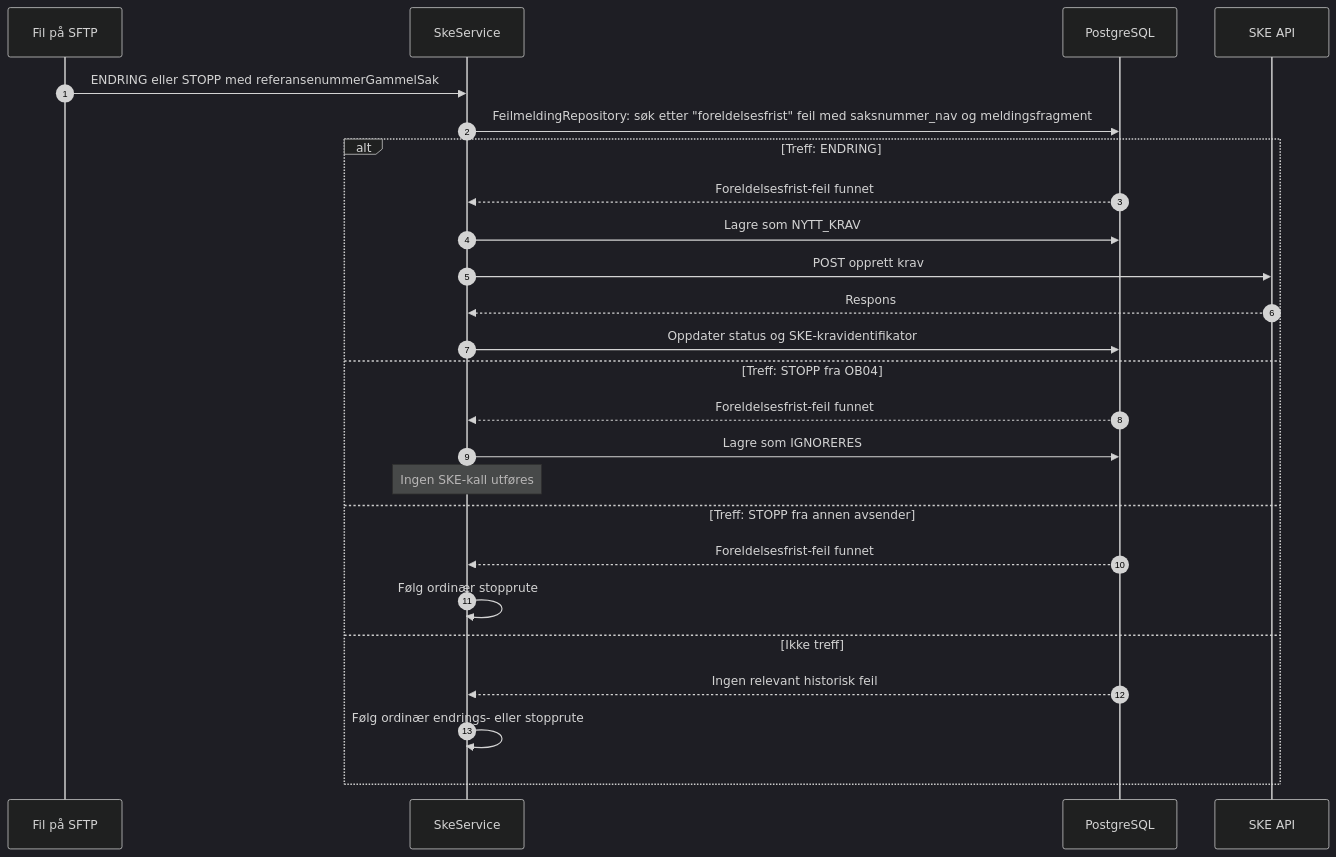
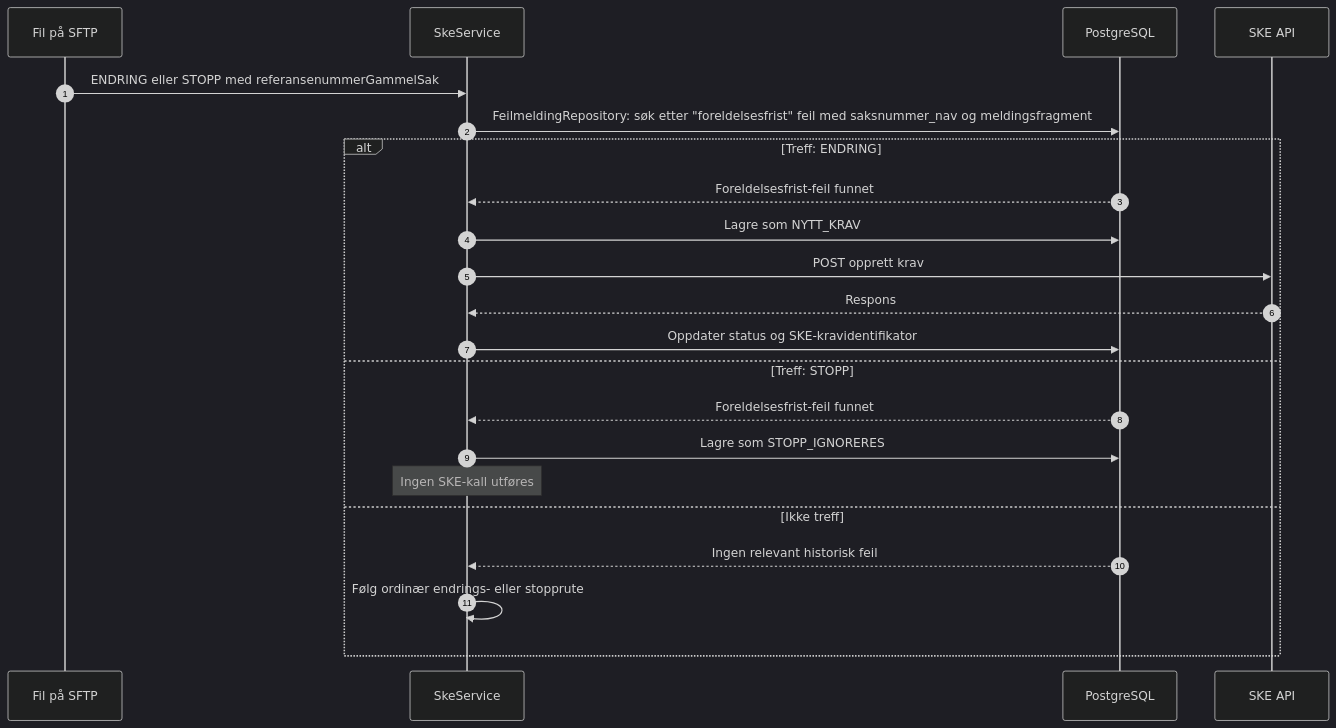
The second of 2 diagrams in dokumentasjon/Oppryddingsspor_foreldelsesfrist.md (navikt/sokos-ske-krav), drawn with Mermaid (dark theme) before and after one commit. The commit also changed other lines of this file and 6 other files, not shown here.

Commit message:
USOT-59 Fjernet `avsender` som kriterium for STOPP-IGNORERES og oppdaterte dokumentasjon og tester

````diff
--- a/dokumentasjon/Oppryddingsspor_foreldelsesfrist.md
+++ b/dokumentasjon/Oppryddingsspor_foreldelsesfrist.md
@@ -60,28 +60,25 @@
 ```mermaid
 sequenceDiagram
     autonumber
     participant OS as Fil på SFTP
     participant SkeService
     participant DB as PostgreSQL
     participant SKE as SKE API
 
     OS->>SkeService: ENDRING eller STOPP med referansenummerGammelSak
     SkeService->>DB: FeilmeldingRepository: søk etter "foreldelsesfrist" feil med saksnummer_nav og meldingsfragment
     alt Treff: ENDRING
         DB-->>SkeService: Foreldelsesfrist-feil funnet
         SkeService->>DB: Lagre som NYTT_KRAV
         SkeService->>SKE: POST opprett krav
         SKE-->>SkeService: Respons
         SkeService->>DB: Oppdater status og SKE-kravidentifikator
-    else Treff: STOPP fra OB04
+    else Treff: STOPP
         DB-->>SkeService: Foreldelsesfrist-feil funnet
-        SkeService->>DB: Lagre som IGNORERES
+        SkeService->>DB: Lagre som STOPP_IGNORERES
         Note over SkeService: Ingen SKE-kall utføres
-    else Treff: STOPP fra annen avsender
-        DB-->>SkeService: Foreldelsesfrist-feil funnet
-        SkeService->>SkeService: Følg ordinær stopprute
     else Ikke treff
         DB-->>SkeService: Ingen relevant historisk feil
         SkeService->>SkeService: Følg ordinær endrings- eller stopprute
     end
 ```
````
